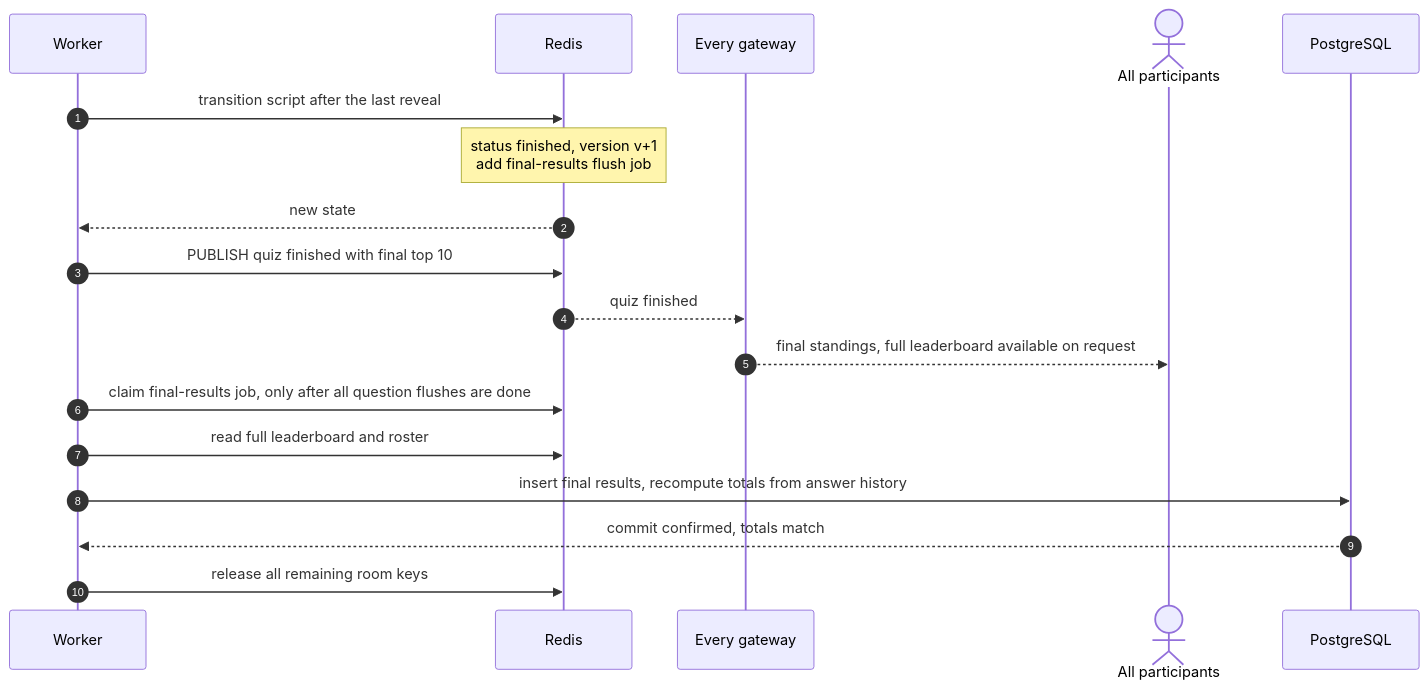
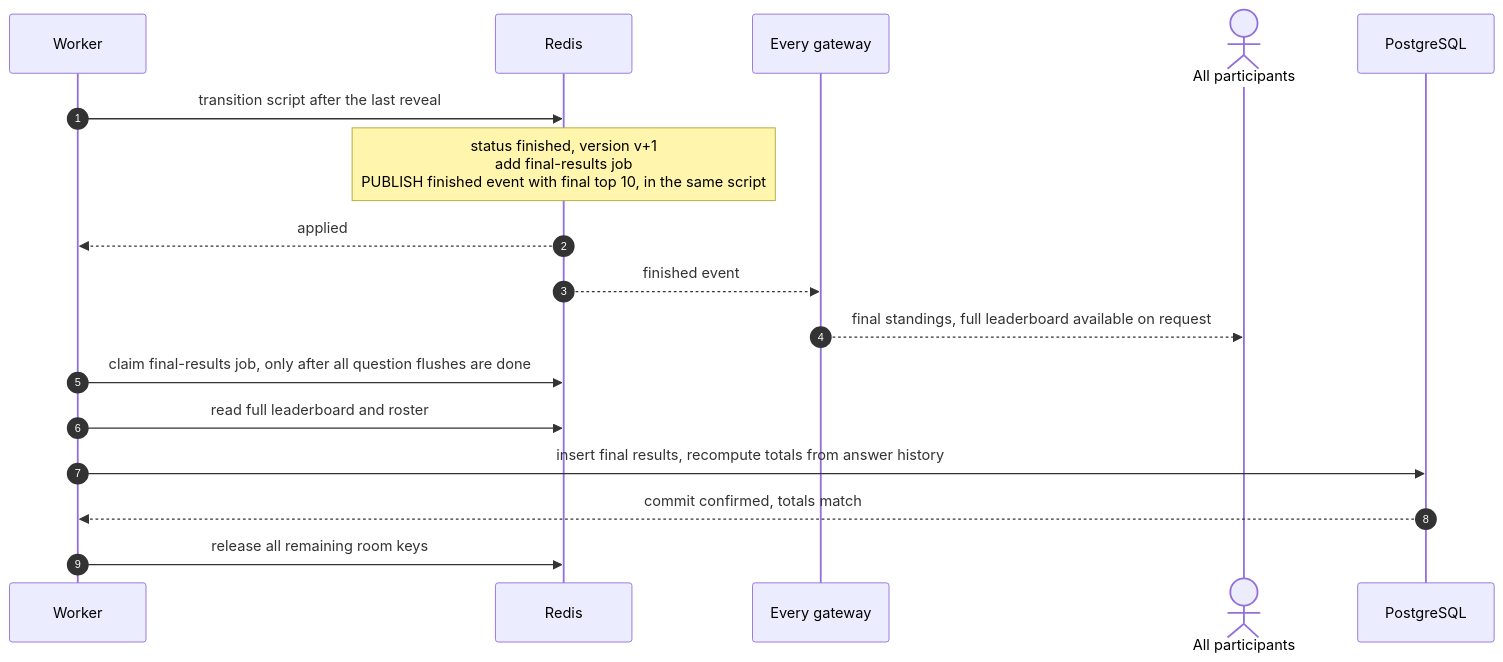
The seventh of 8 diagrams in docs/system-design/data-flow.md (rizqyep/elsa-coding-challenge), drawn with Mermaid before and after one commit. The commit also changed other lines of this file and 6 other files, not shown here.

Commit message:
docs: add schema and ops for cache and persistent data in trd

````diff
--- a/docs/system-design/data-flow.md
+++ b/docs/system-design/data-flow.md
@@ -206,22 +205,21 @@
 ```mermaid
 sequenceDiagram
     autonumber
     participant Sx as Worker
     participant R as Redis
     participant ALL as Every gateway
     actor PS as All participants
     participant DB as PostgreSQL
 
     Sx->>R: transition script after the last reveal
-    Note over R: status finished, version v+1<br/>add final-results flush job
-    R-->>Sx: new state
-    Sx->>R: PUBLISH quiz finished with final top 10
-    R-->>ALL: quiz finished
+    Note over R: status finished, version v+1<br/>add final-results job<br/>PUBLISH finished event with final top 10, in the same script
+    R-->>Sx: applied
+    R-->>ALL: finished event
     ALL-->>PS: final standings, full leaderboard available on request
 
     Sx->>R: claim final-results job, only after all question flushes are done
     Sx->>R: read full leaderboard and roster
     Sx->>DB: insert final results, recompute totals from answer history
     DB-->>Sx: commit confirmed, totals match
     Sx->>R: release all remaining room keys
 ```
````
